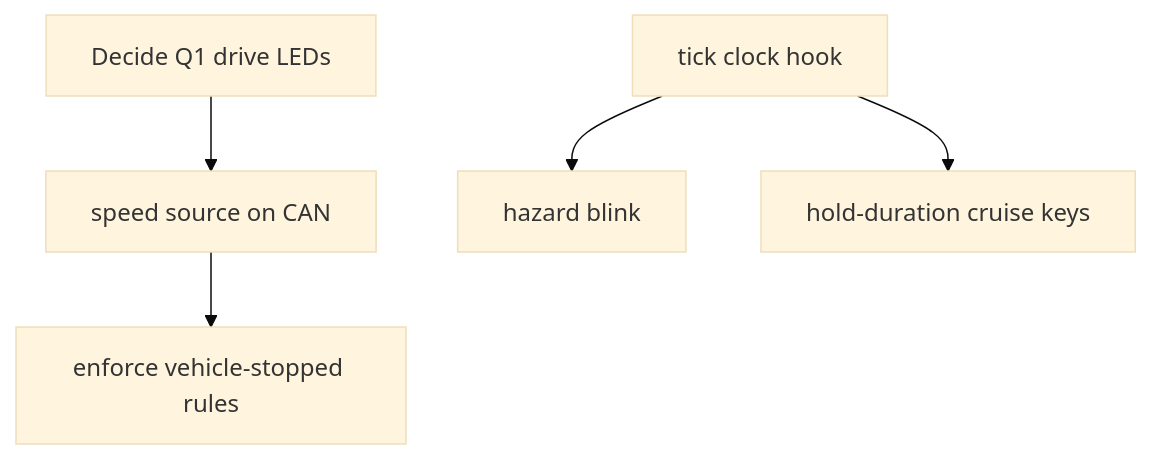
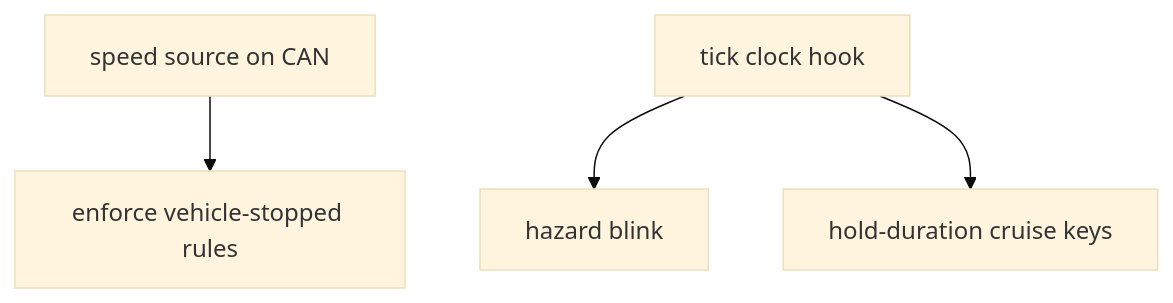
One commit to dreamev/mm-ecu changed the diagram in lode/plans/roadmap.md. Above: the diagram before and after it, drawn with Mermaid (base theme). The commit also changed other lines of this file and 7 other files, not shown here.

First line of the commit message:
fix: drive LEDs always show the actual drive state

````diff
--- a/lode/plans/roadmap.md
+++ b/lode/plans/roadmap.md
@@ -34,7 +24,6 @@
 ```mermaid
 flowchart TD
-  Q1[Decide Q1 drive LEDs] --> Spd[speed source on CAN]
-  Spd --> Stop[enforce vehicle-stopped rules]
+  Spd[speed source on CAN] --> Stop[enforce vehicle-stopped rules]
   Clock[tick clock hook] --> Blink[hazard blink]
   Clock --> Hold[hold-duration cruise keys]
 ```
````
